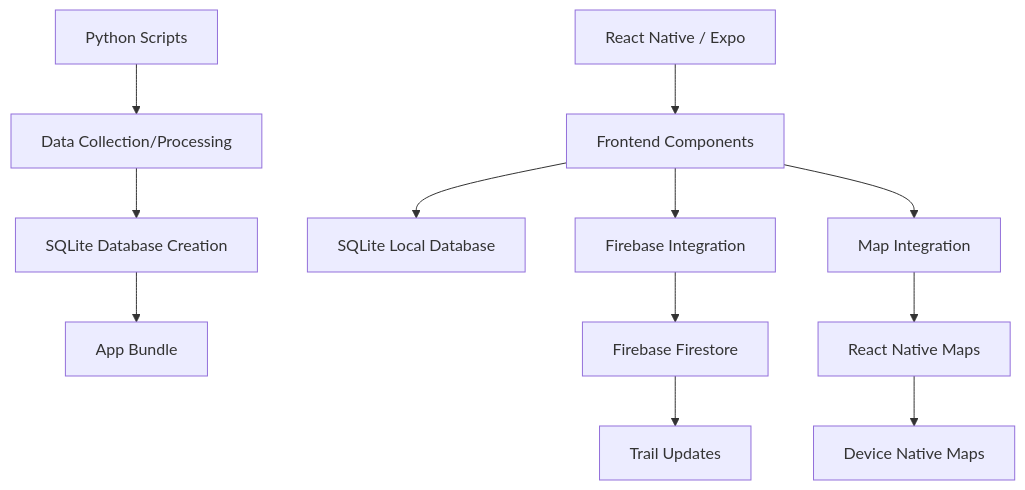
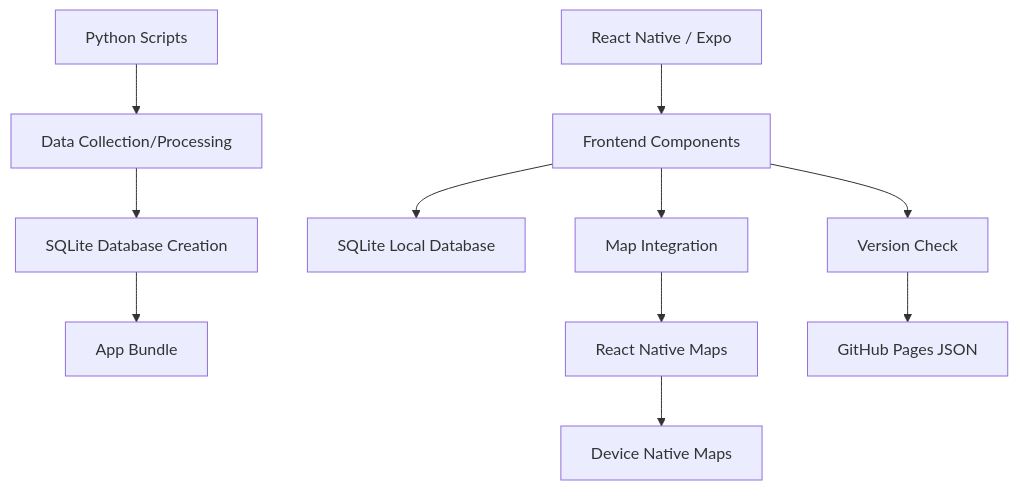
One commit to jozovek/hiking-app changed the second of 3 diagrams in README.md. Above: the diagram before and after it, drawn with Mermaid. The commit also changed other lines of this file, not shown here.

Commit message:
Update README to remove Firebase and use SQLite-only approach

````diff
--- a/README.md
+++ b/README.md
@@ -76,14 +75,13 @@
 ```mermaid
 graph TD
     A[React Native / Expo] --> B[Frontend Components]
     B --> C[SQLite Local Database]
-    B --> D[Firebase Integration]
     B --> E[Map Integration]
     F[Python Scripts] --> G[Data Collection/Processing]
     G --> H[SQLite Database Creation]
     H --> I[App Bundle]
-    D --> J[Firebase Firestore]
-    J --> K[Trail Updates]
     E --> L[React Native Maps]
     L --> M[Device Native Maps]
+    B --> N[Version Check]
+    N --> O[GitHub Pages JSON]
 ```
````
